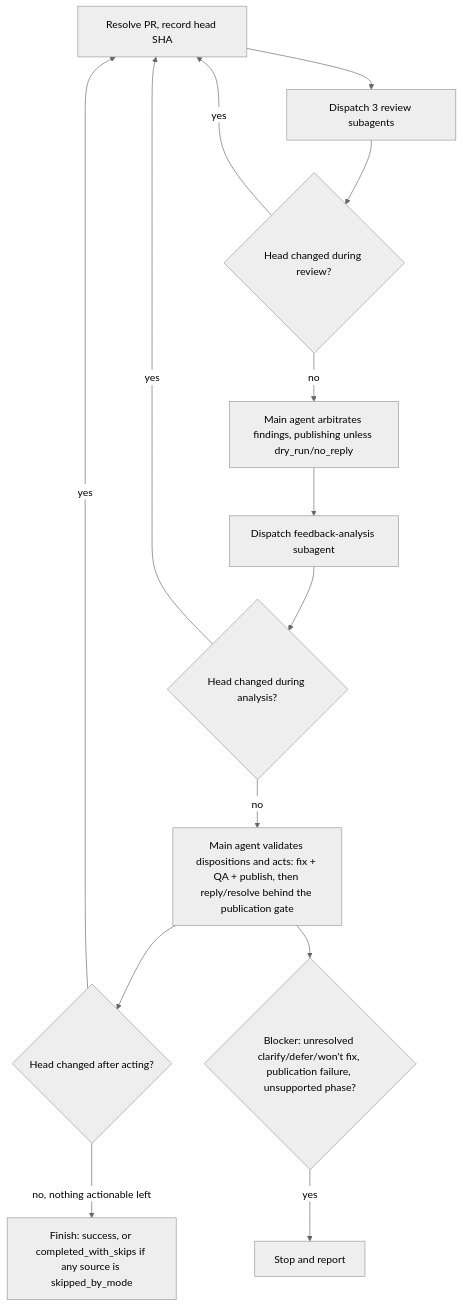
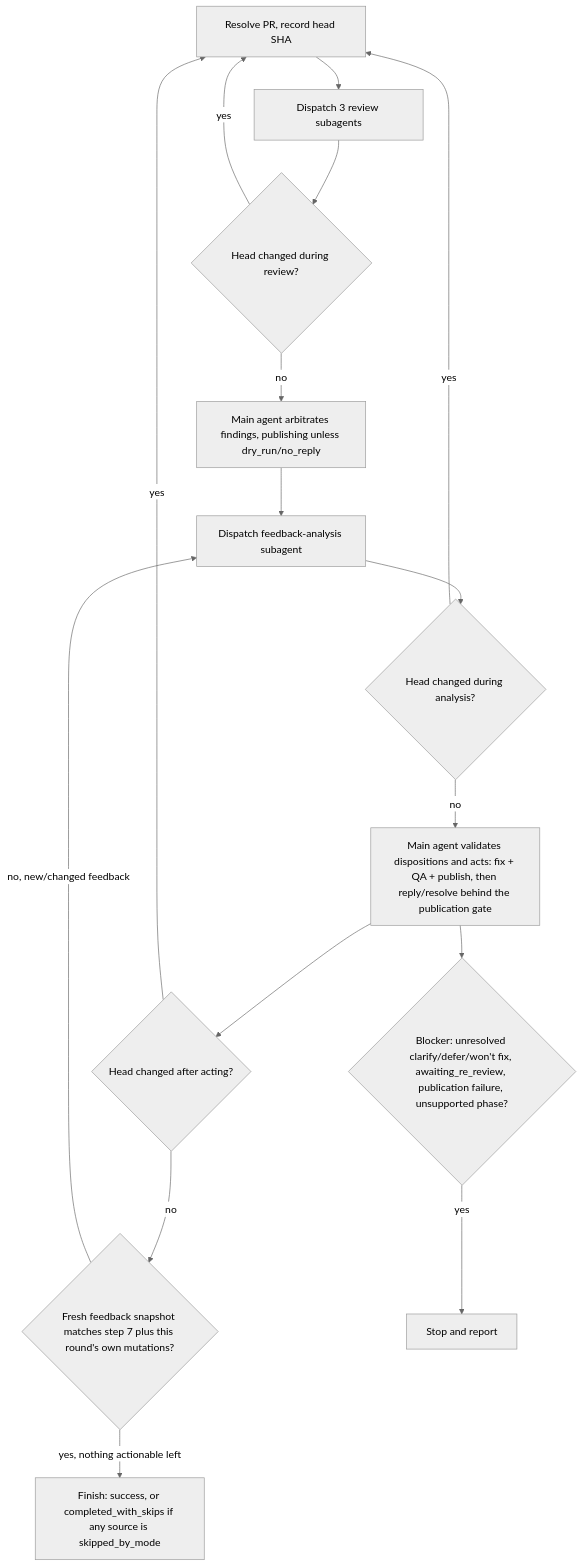
Before and after one commit to dceoy/ai-coding-agent-skills: the diagram in skills/pr-loop/SKILL.md, drawn with Mermaid (neutral theme). The commit also changed other lines of this file, not shown here.

First line of the commit message:
Keep active CHANGES_REQUESTED blocking, exact-head fix resolution, and pre-completion feedback re-check in pr-loop

````diff
--- a/skills/pr-loop/SKILL.md
+++ b/skills/pr-loop/SKILL.md
@@ -247,16 +269,18 @@
 ```mermaid
 flowchart TD
   A[Resolve PR, record head SHA] --> B[Dispatch 3 review subagents]
   B --> C{Head changed during review?}
   C -->|yes| A
   C -->|no| D[Main agent arbitrates findings, publishing unless dry_run/no_reply]
   D --> E[Dispatch feedback-analysis subagent]
   E --> F{Head changed during analysis?}
   F -->|yes| A
   F -->|no| G[Main agent validates dispositions and acts: fix + QA + publish, then reply/resolve behind the publication gate]
   G --> H{Head changed after acting?}
   H -->|yes| A
-  H -->|no, nothing actionable left| I[Finish: success, or completed_with_skips if any source is skipped_by_mode]
-  G --> J{Blocker: unresolved clarify/defer/won't fix, publication failure, unsupported phase?}
+  H -->|no| L{Fresh feedback snapshot matches step 7 plus this round's own mutations?}
+  L -->|no, new/changed feedback| E
+  L -->|yes, nothing actionable left| I[Finish: success, or completed_with_skips if any source is skipped_by_mode]
+  G --> J{Blocker: unresolved clarify/defer/won't fix, awaiting_re_review, publication failure, unsupported phase?}
   J -->|yes| K[Stop and report]
 ```
````
